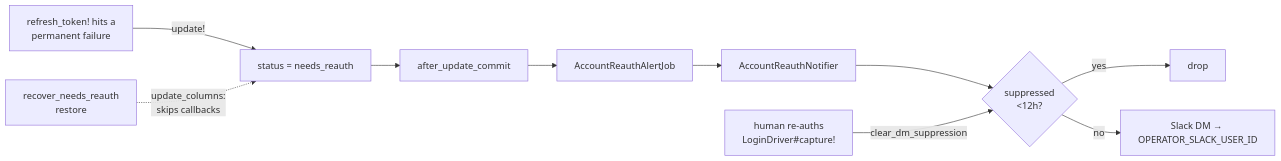
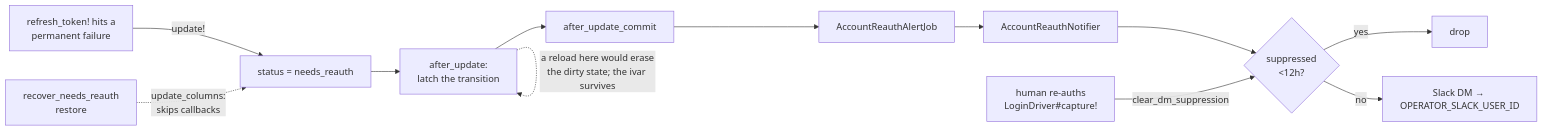
Before and after one commit to tadasant/zimmer: the second of 4 diagrams in docs/src/content/docs/auth/harness.md, drawn with Mermaid. The commit also changed other lines of this file and 5 other files, not shown here.

````diff
--- a/docs/src/content/docs/auth/harness.md
+++ b/docs/src/content/docs/auth/harness.md
@@ -365,12 +376,14 @@
 ```mermaid
 flowchart LR
     R[refresh_token! hits a<br/>permanent failure] -->|update!| S[status = needs_reauth]
-    S --> C[after_update_commit]
+    S --> L[after_update:<br/>latch the transition]
+    L -.->|a reload here would erase<br/>the dirty state; the ivar survives| L
+    L --> C[after_update_commit]
     C --> J[AccountReauthAlertJob]
     J --> N[AccountReauthNotifier]
     N --> D{suppressed<br/>&lt;12h?}
     D -->|yes| X[drop]
     D -->|no| DM[Slack DM → OPERATOR_SLACK_USER_ID]
     RC[recover_needs_reauth<br/>restore] -.->|update_columns:<br/>skips callbacks| S
     H[human re-auths<br/>LoginDriver#capture!] -->|clear_dm_suppression| D
 ```
````
